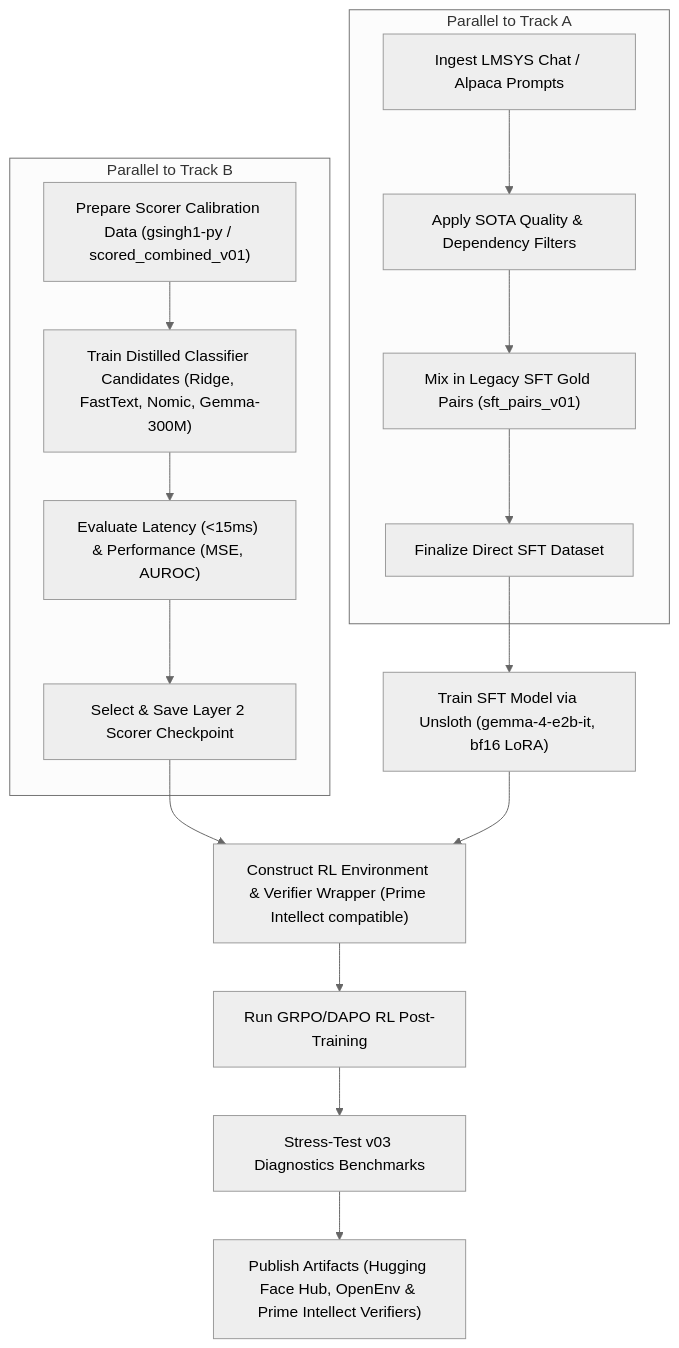
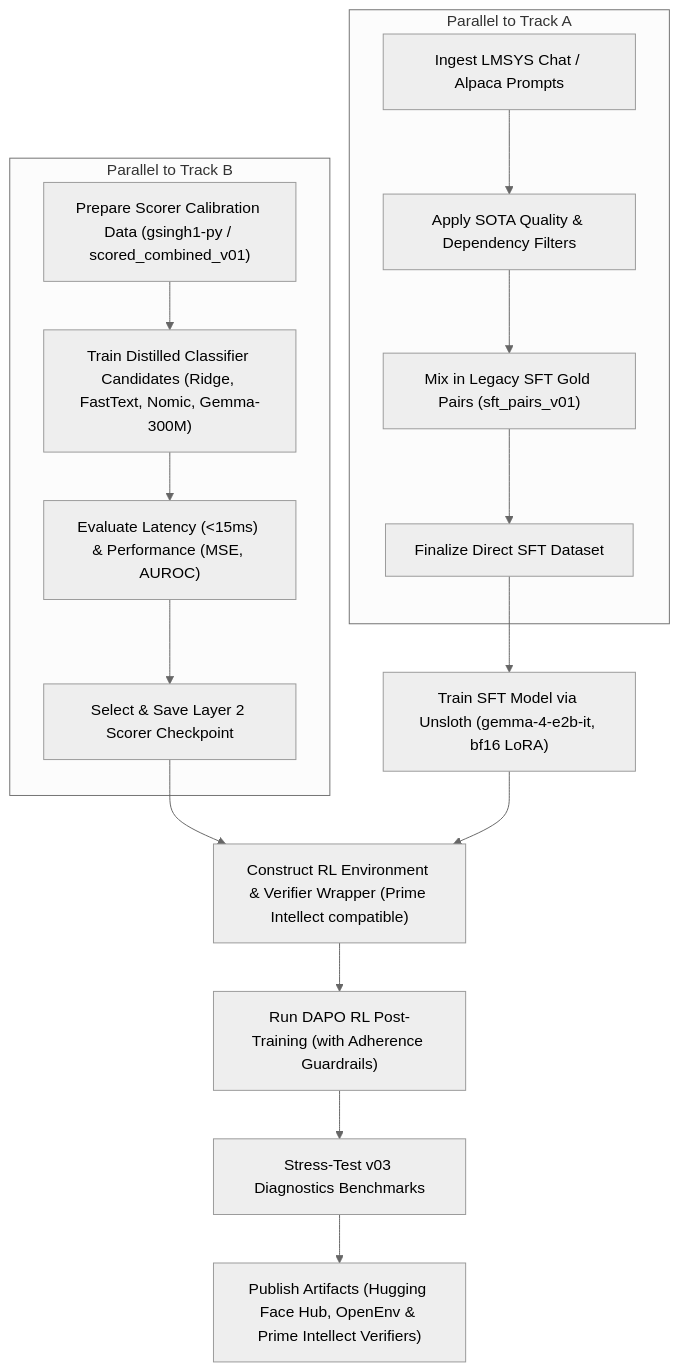
The diagram in docs/plans/gemma_4_e2b_alignment_strategy.md (jayshah5696/humanize-rl), drawn with Mermaid (neutral theme) before and after one commit. The commit also changed other lines of this file, not shown here.

````diff
--- a/docs/plans/gemma_4_e2b_alignment_strategy.md
+++ b/docs/plans/gemma_4_e2b_alignment_strategy.md
@@ -206,23 +206,23 @@
 ```mermaid
 flowchart TD
     subgraph Track A: Scorer Calibration [Parallel to Track B]
         A1["Prepare Scorer Calibration Data (gsingh1-py / scored_combined_v01)"] --> A2["Train Distilled Classifier Candidates (Ridge, FastText, Nomic, Gemma-300M)"]
         A2 --> A3["Evaluate Latency (<15ms) & Performance (MSE, AUROC)"]
         A3 --> A4["Select & Save Layer 2 Scorer Checkpoint"]
     end
 
     subgraph Track B: SFT Data Preparation [Parallel to Track A]
         B1["Ingest LMSYS Chat / Alpaca Prompts"] --> B2["Apply SOTA Quality & Dependency Filters"]
         B2 --> B3["Mix in Legacy SFT Gold Pairs (sft_pairs_v01)"]
         B3 --> B4["Finalize Direct SFT Dataset"]
     end
 
     B4 --> C1["Train SFT Model via Unsloth (gemma-4-e2b-it, bf16 LoRA)"]
     
     A4 & C1 --> D1["Construct RL Environment & Verifier Wrapper (Prime Intellect compatible)"]
     
-    D1 --> D2["Run GRPO/DAPO RL Post-Training"]
+    D1 --> D2["Run DAPO RL Post-Training (with Adherence Guardrails)"]
     D2 --> D3["Stress-Test v03 Diagnostics Benchmarks"]
     
     D3 --> E1["Publish Artifacts (Hugging Face Hub, OpenEnv & Prime Intellect Verifiers)"]
 ```
````
